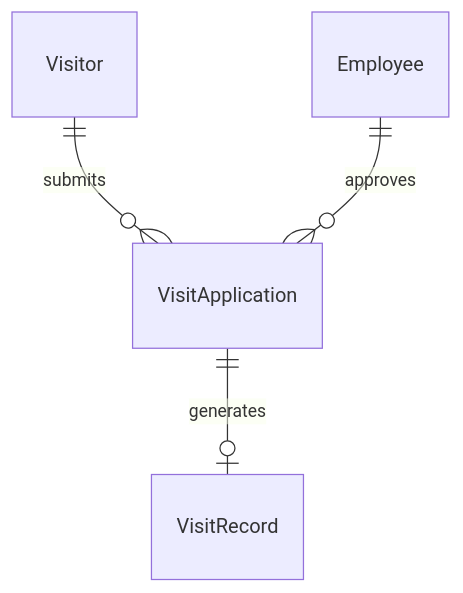
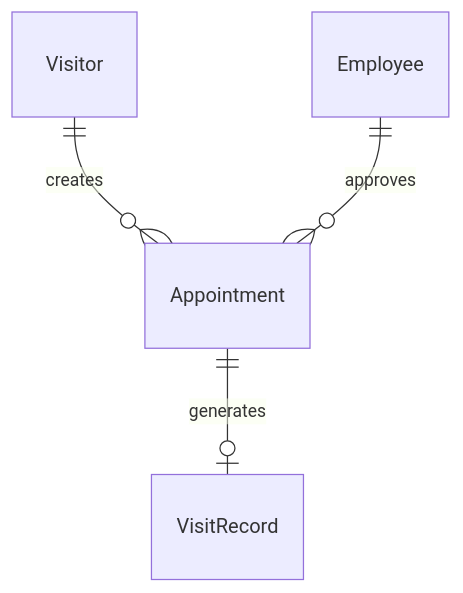
One commit to yuhaibao39/n8ndeploy changed the first of 4 diagrams in devel/outlinedesign.md. Above: the diagram before and after it, drawn with Mermaid. The commit also changed other lines of this file, not shown here.

````diff
--- a/devel/outlinedesign.md
+++ b/devel/outlinedesign.md
@@ -55,6 +58,6 @@
 ```mermaid
 erDiagram
-    Visitor ||--o{ VisitApplication : submits
-    Employee ||--o{ VisitApplication : approves
-    VisitApplication ||--o| VisitRecord : generates
+    Visitor ||--o{ Appointment : creates
+    Employee ||--o{ Appointment : approves  
+    Appointment ||--o| VisitRecord : generates
 ```
````
